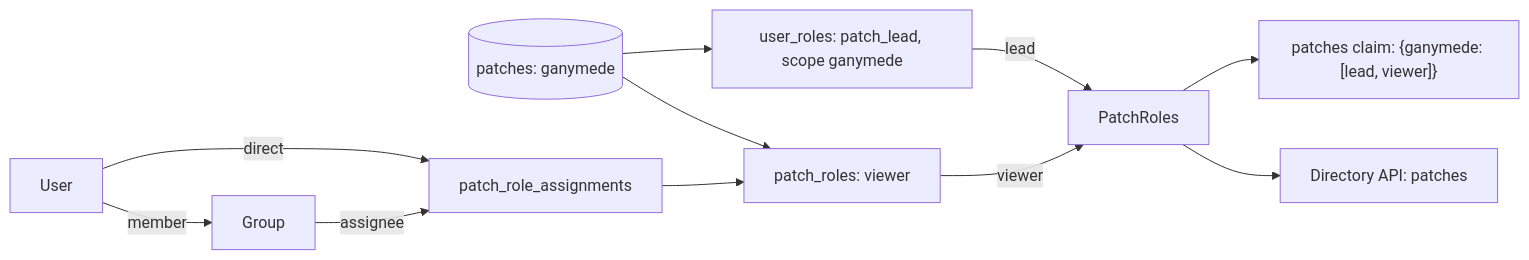
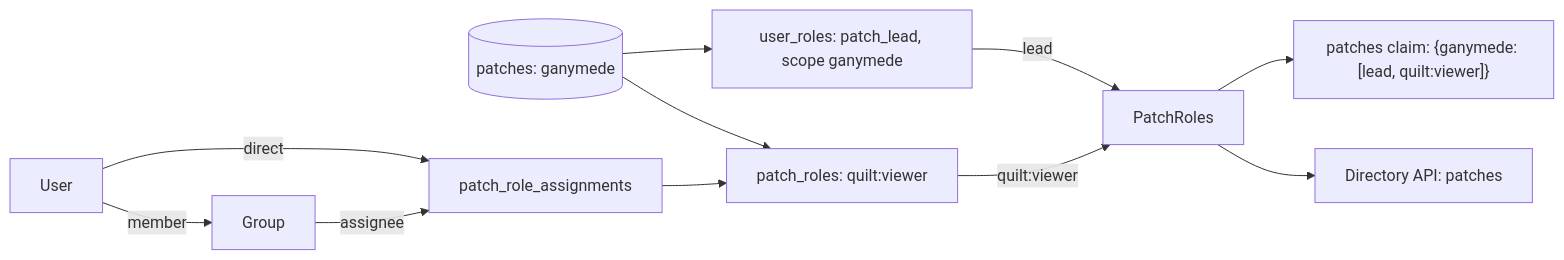
The sixth of 9 diagrams in docs/OAUTH.md (patchworklabsorg/weave), drawn with Mermaid before and after one commit. The commit also changed other lines of this file and 17 other files, not shown here.

Commit message:
fix: keep patch roles off system groups, and let only a superadmin add members to a group that holds one

````diff
--- a/docs/OAUTH.md
+++ b/docs/OAUTH.md
@@ -405,12 +416,12 @@
 ```mermaid
 flowchart LR
   P[(patches: ganymede)] --> UR[user_roles: patch_lead, scope ganymede]
-  P --> R[patch_roles: viewer]
+  P --> R[patch_roles: quilt:viewer]
   U[User] -->|direct| A[patch_role_assignments]
   U -->|member| G[Group] -->|assignee| A
   A --> R
   UR -->|lead| PR[PatchRoles]
-  R -->|viewer| PR
-  PR --> C["patches claim: {ganymede: [lead, viewer]}"]
+  R -->|quilt:viewer| PR
+  PR --> C["patches claim: {ganymede: [lead, quilt:viewer]}"]
   PR --> D[Directory API: patches]
 ```
````
